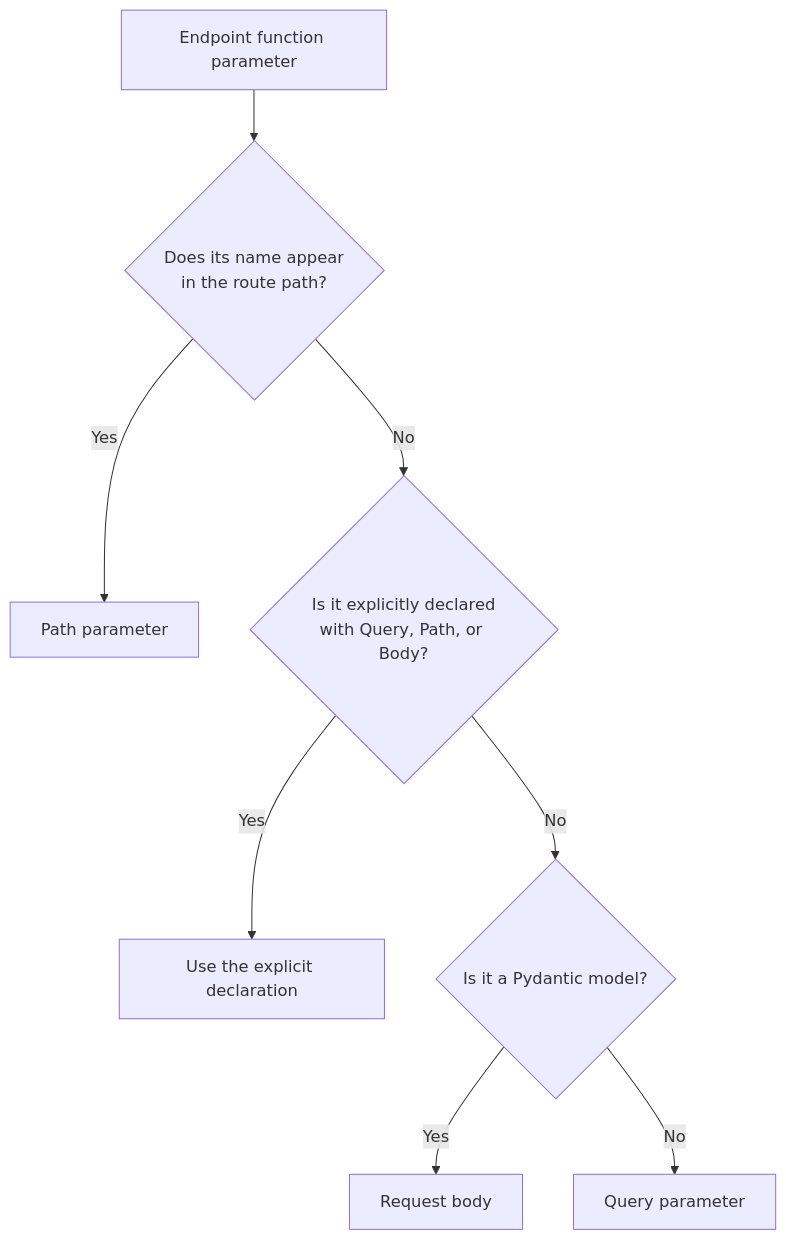
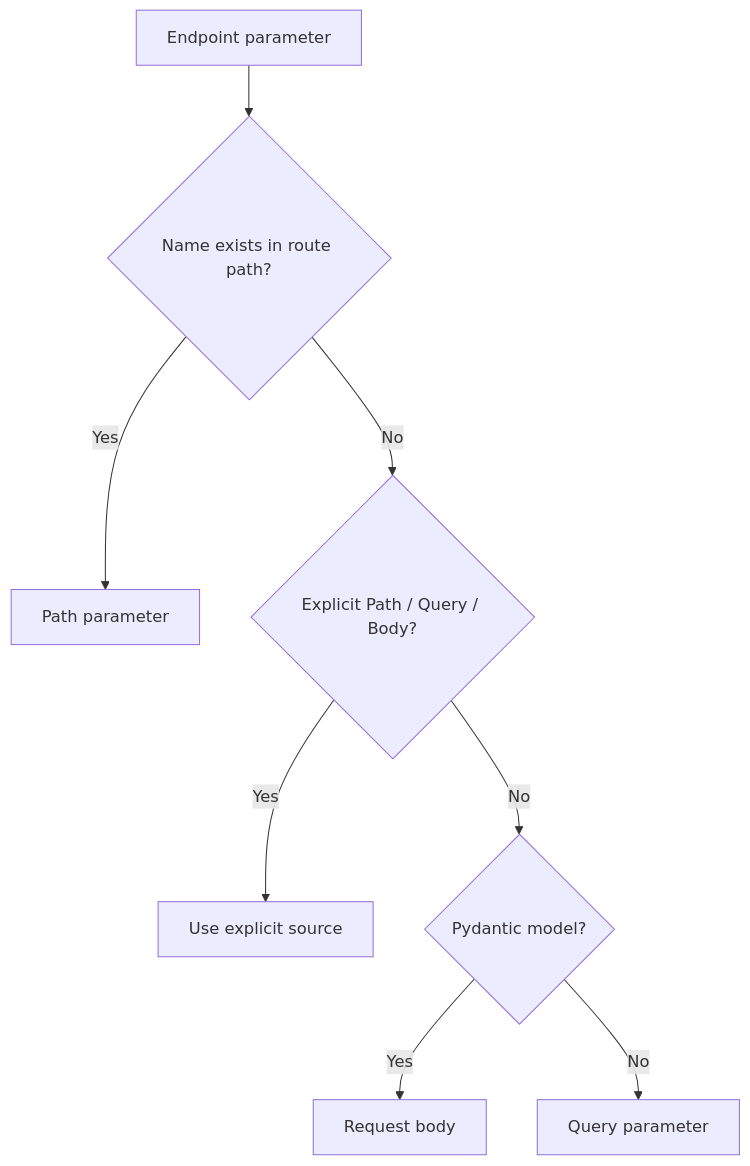
One commit to AvadhBhalodiya/Interview-Preparation changed the first of 2 diagrams in src/content/fastapi/path-query-body-parameters.md. Above: the diagram before and after it, drawn with Mermaid. The commit also changed other lines of this file and 80 other files, not shown here.

````diff
--- a/src/content/fastapi/path-query-body-parameters.md
+++ b/src/content/fastapi/path-query-body-parameters.md
@@ -21,10 +20,10 @@
 ```mermaid
 flowchart TD
-    A[Endpoint function parameter] --> B{Does its name appear<br/>in the route path?}
+    A[Endpoint parameter] --> B{Name exists in route path?}
     B -- Yes --> C[Path parameter]
-    B -- No --> D{Is it explicitly declared<br/>with Query, Path, or Body?}
-    D -- Yes --> E[Use the explicit declaration]
-    D -- No --> F{Is it a Pydantic model?}
+    B -- No --> D{Explicit Path / Query / Body?}
+    D -- Yes --> E[Use explicit source]
+    D -- No --> F{Pydantic model?}
     F -- Yes --> G[Request body]
     F -- No --> H[Query parameter]
 ```
````
